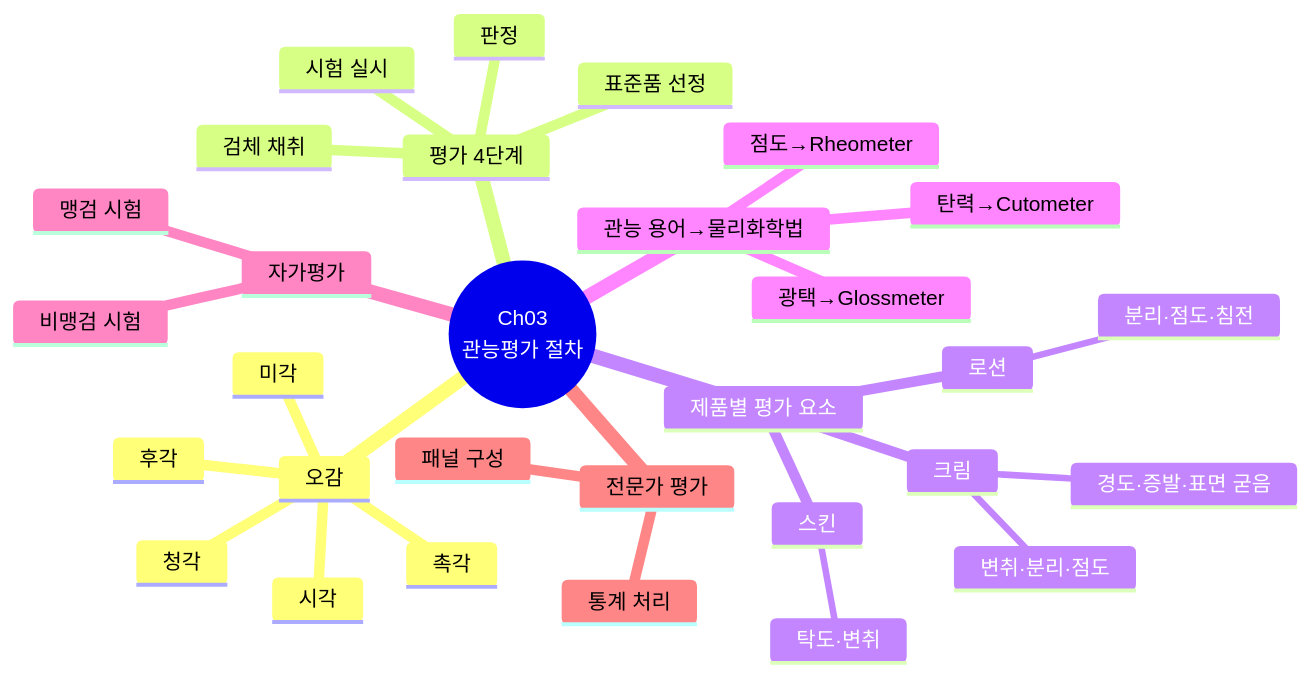
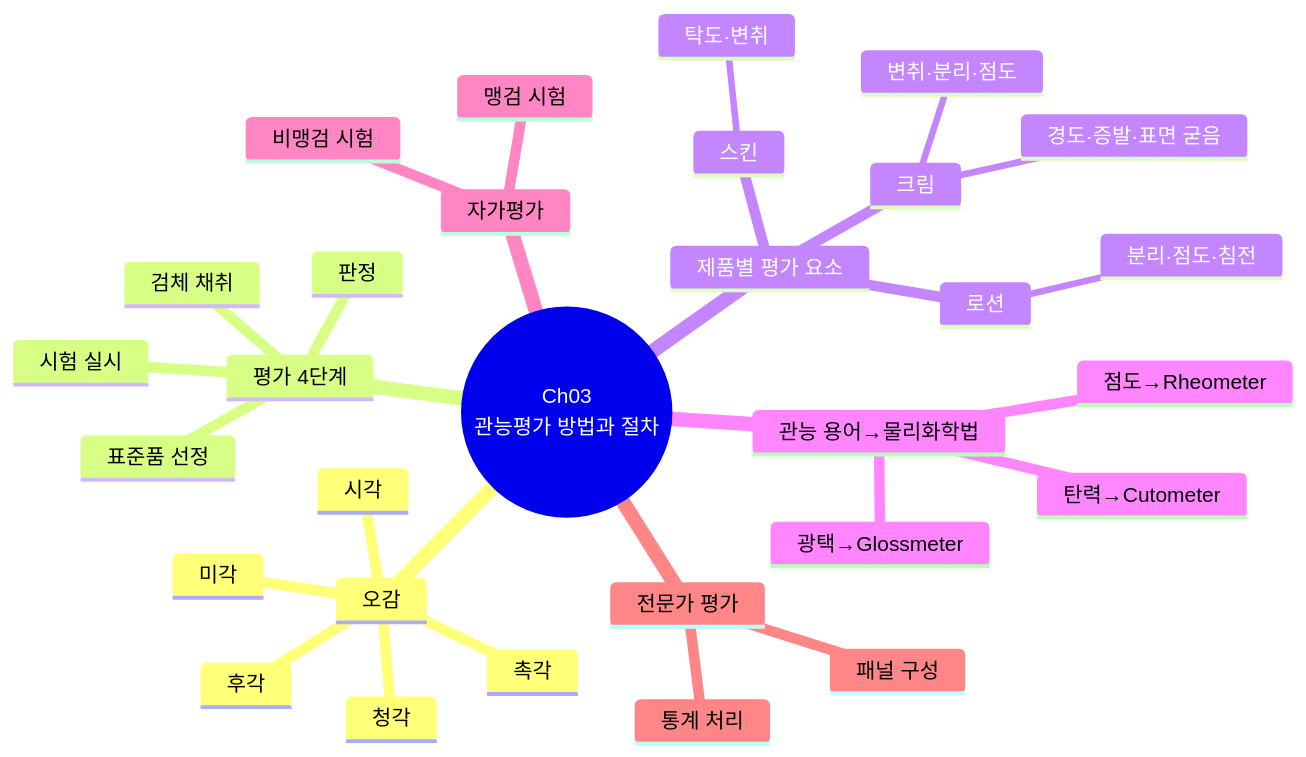
Before and after one commit to skygoldlee-cyber/Personalized_Skincare: diagram 15 of 28 in content/교재/understanding/4과목_맞춤형화장품의이해_이야기형.md, drawn with Mermaid. The commit also changed other lines of this file and 20 other files, not shown here.

````diff
--- a/content/교재/understanding/4과목_맞춤형화장품의이해_이야기형.md
+++ b/content/교재/understanding/4과목_맞춤형화장품의이해_이야기형.md
@@ -1973,33 +1973,33 @@
 ```mermaid
 mindmap
- root((Ch03<br/>관능평가 절차))
+ root((Ch03<br/>관능평가 방법과 절차))
   오감
    시각
    후각
    미각
    촉각
    청각
   평가 4단계
    표준품 선정
    검체 채취
    시험 실시
    판정
   제품별 평가 요소
    스킨
     탁도·변취
    크림
     변취·분리·점도
     경도·증발·표면 굳음
    로션
     분리·점도·침전
   관능 용어→물리화학법
    점도→Rheometer
    탄력→Cutometer
    광택→Glossmeter
   자가평가
    맹검 시험
    비맹검 시험
   전문가 평가
    패널 구성
    통계 처리
 ```
````
